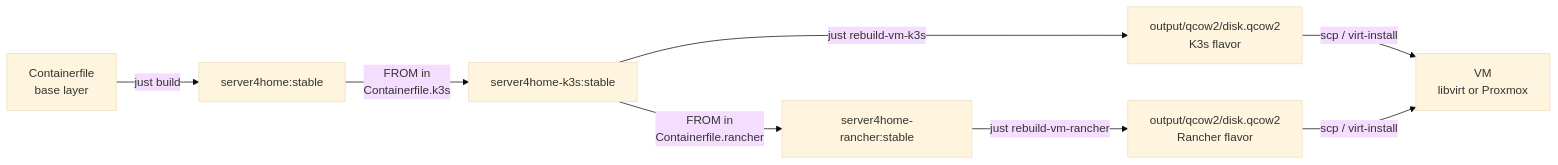
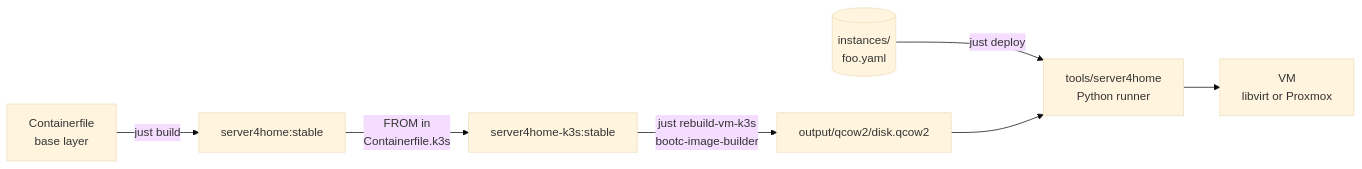
Before and after one commit to dx4homelab/server4home: the first of 3 diagrams in docs/k3s-rancher-vms.md, drawn with Mermaid (base theme). The commit also changed other lines of this file and 51 other files, not shown here.

Commit message:
yaml file to control server deployemnt with python runner

````diff
--- a/docs/k3s-rancher-vms.md
+++ b/docs/k3s-rancher-vms.md
@@ -11,10 +13,9 @@
 ```mermaid
 flowchart LR
     A[Containerfile<br/>base layer] -->|just build| B[server4home:stable]
     B -->|FROM in<br/>Containerfile.k3s| C[server4home-k3s:stable]
-    C -->|FROM in<br/>Containerfile.rancher| C2[server4home-rancher:stable]
-    C -->|just rebuild-vm-k3s| D1[output/qcow2/disk.qcow2<br/>K3s flavor]
-    C2 -->|just rebuild-vm-rancher| D2[output/qcow2/disk.qcow2<br/>Rancher flavor]
-    D1 -->|scp / virt-install| E[VM<br/>libvirt or Proxmox]
-    D2 -->|scp / virt-install| E
+    C -->|just rebuild-vm-k3s<br/>bootc-image-builder| D[output/qcow2/disk.qcow2]
+    M[(instances/<br/>foo.yaml)] -->|just deploy| R[tools/server4home<br/>Python runner]
+    D --> R
+    R --> V[VM<br/>libvirt or Proxmox]
 ```
````
